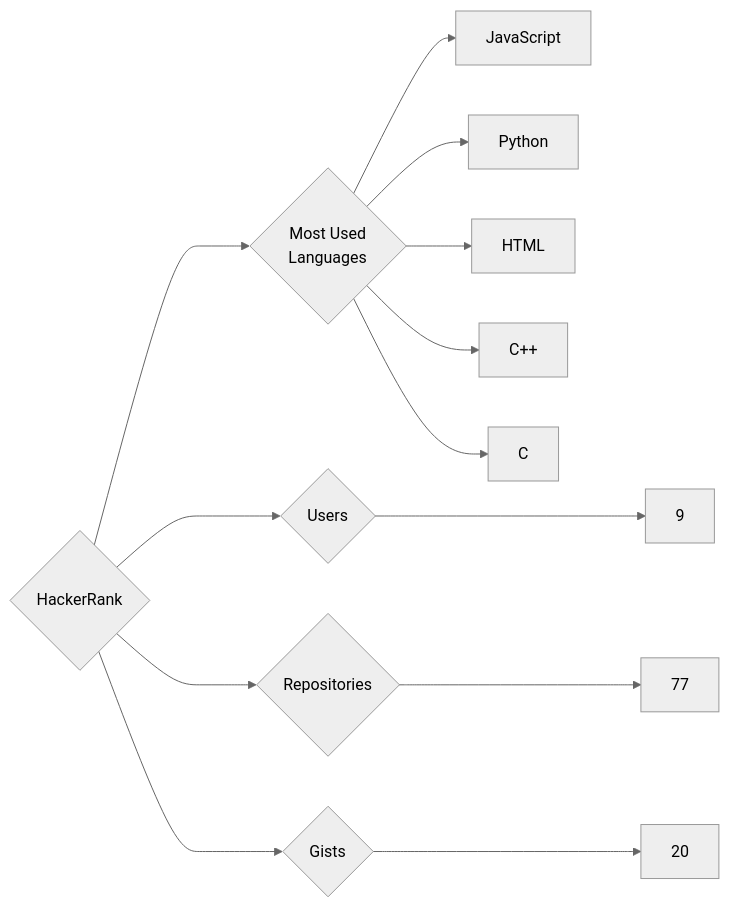
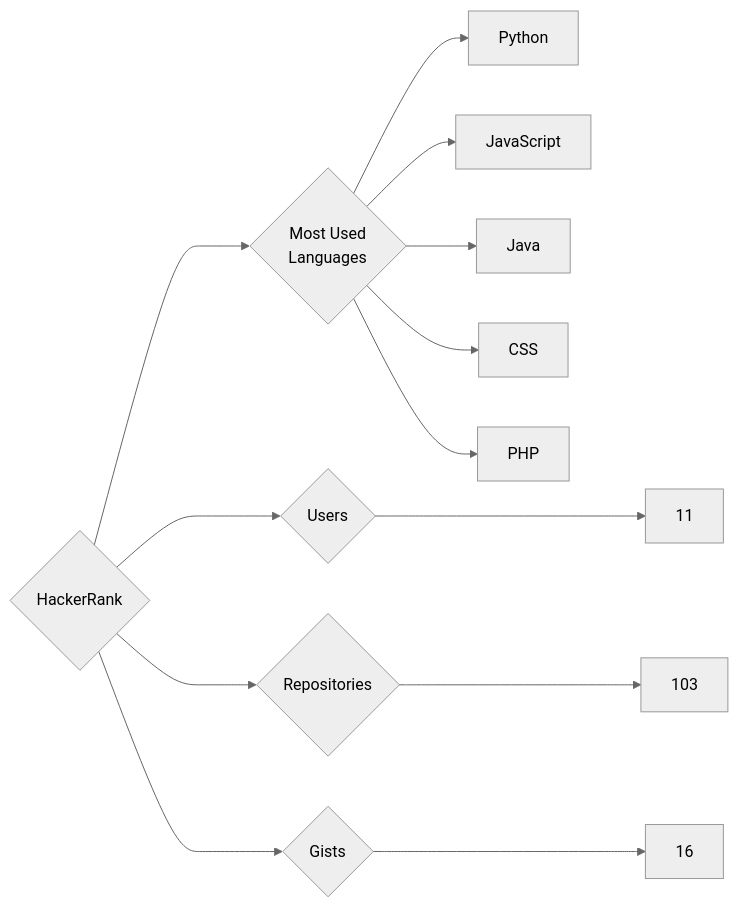
One commit to trickest/insiders changed the diagram in targets/HackerRank/README.md. Above: the diagram before and after it, drawn with Mermaid (neutral theme). The commit also changed 677 other files, not shown here.

````diff
--- a/targets/HackerRank/README.md
+++ b/targets/HackerRank/README.md
@@ -3,13 +3,13 @@
 ```mermaid
 graph LR
 COMPANY_NAME{HackerRank}
-COMPANY_NAME ---> U{Users} ---> UN[9]
-COMPANY_NAME ---> R{Repositories} ---> RN[77]
-COMPANY_NAME ---> G{Gists} ---> GN[20]
+COMPANY_NAME ---> U{Users} ---> UN[11]
+COMPANY_NAME ---> R{Repositories} ---> RN[103]
+COMPANY_NAME ---> G{Gists} ---> GN[16]
 COMPANY_NAME ---> ML{Most Used<br>Languages}
+ML --> Python[Python]
 ML --> JavaScript[JavaScript]
-ML --> Python[Python]
-ML --> HTML[HTML]
-ML --> C++[C++]
-ML --> C[C]
+ML --> Java[Java]
+ML --> CSS[CSS]
+ML --> PHP[PHP]
 ```
````
